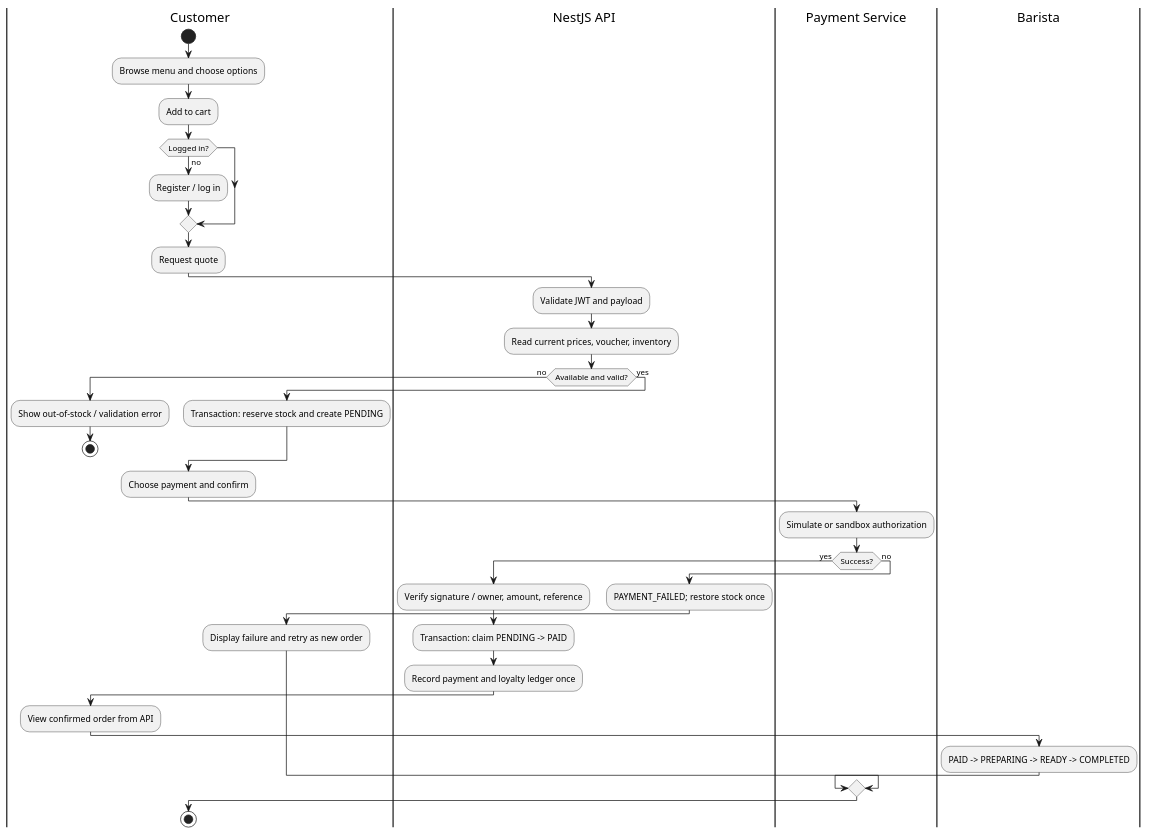
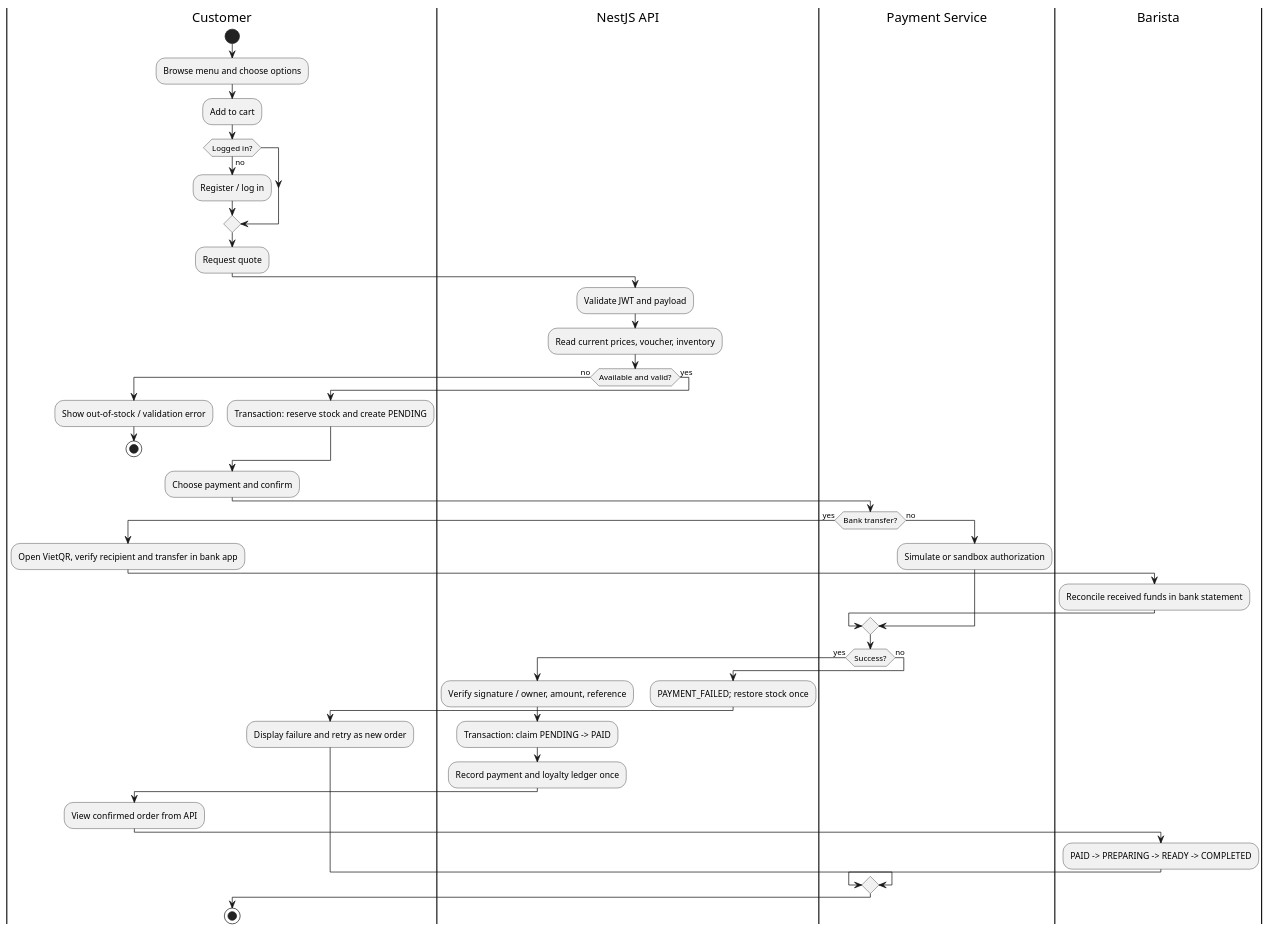
Before and after one commit to https-monstiez/BrewLite-AS2: the diagram in docs/diagrams/activity-checkout.puml, drawn with PlantUML. The commit also changed 37 other files, not shown here.

```diff
--- a/docs/diagrams/activity-checkout.puml
+++ b/docs/diagrams/activity-checkout.puml
@@ -1,43 +1,51 @@
 @startuml
 !pragma layout smetana
 skinparam shadowing false
 skinparam defaultFontName SansSerif
 |Customer|
 start
 :Browse menu and choose options;
 :Add to cart;
 if (Logged in?) then (no)
  :Register / log in;
 endif
 :Request quote;
 |NestJS API|
 :Validate JWT and payload;
 :Read current prices, voucher, inventory;
 if (Available and valid?) then (no)
  |Customer|
  :Show out-of-stock / validation error;
  stop
 else (yes)
  :Transaction: reserve stock and create PENDING;
 endif
 |Customer|
 :Choose payment and confirm;
 |Payment Service|
-:Simulate or sandbox authorization;
+if (Bank transfer?) then (yes)
+ |Customer|
+ :Open VietQR, verify recipient and transfer in bank app;
+ |Barista|
+ :Reconcile received funds in bank statement;
+ |Payment Service|
+else (no)
+ :Simulate or sandbox authorization;
+endif
 if (Success?) then (yes)
  |NestJS API|
  :Verify signature / owner, amount, reference;
  :Transaction: claim PENDING -> PAID;
  :Record payment and loyalty ledger once;
  |Customer|
  :View confirmed order from API;
  |Barista|
  :PAID -> PREPARING -> READY -> COMPLETED;
 else (no)
  |NestJS API|
  :PAYMENT_FAILED; restore stock once;
  |Customer|
  :Display failure and retry as new order;
 endif
 stop
 @enduml
```
